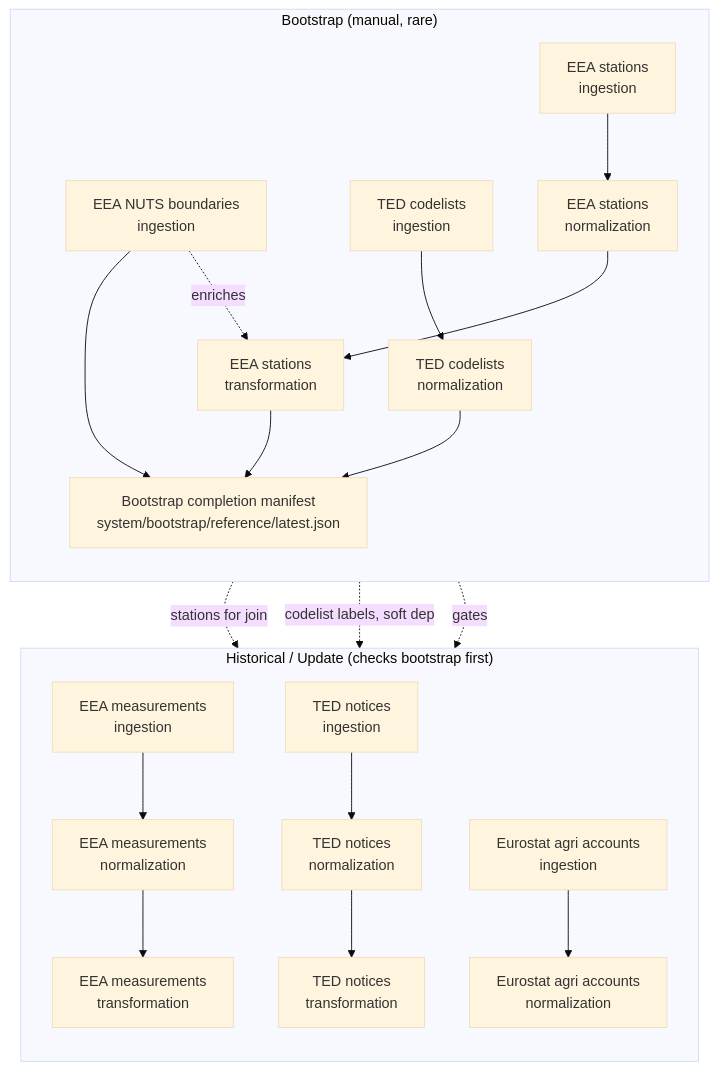
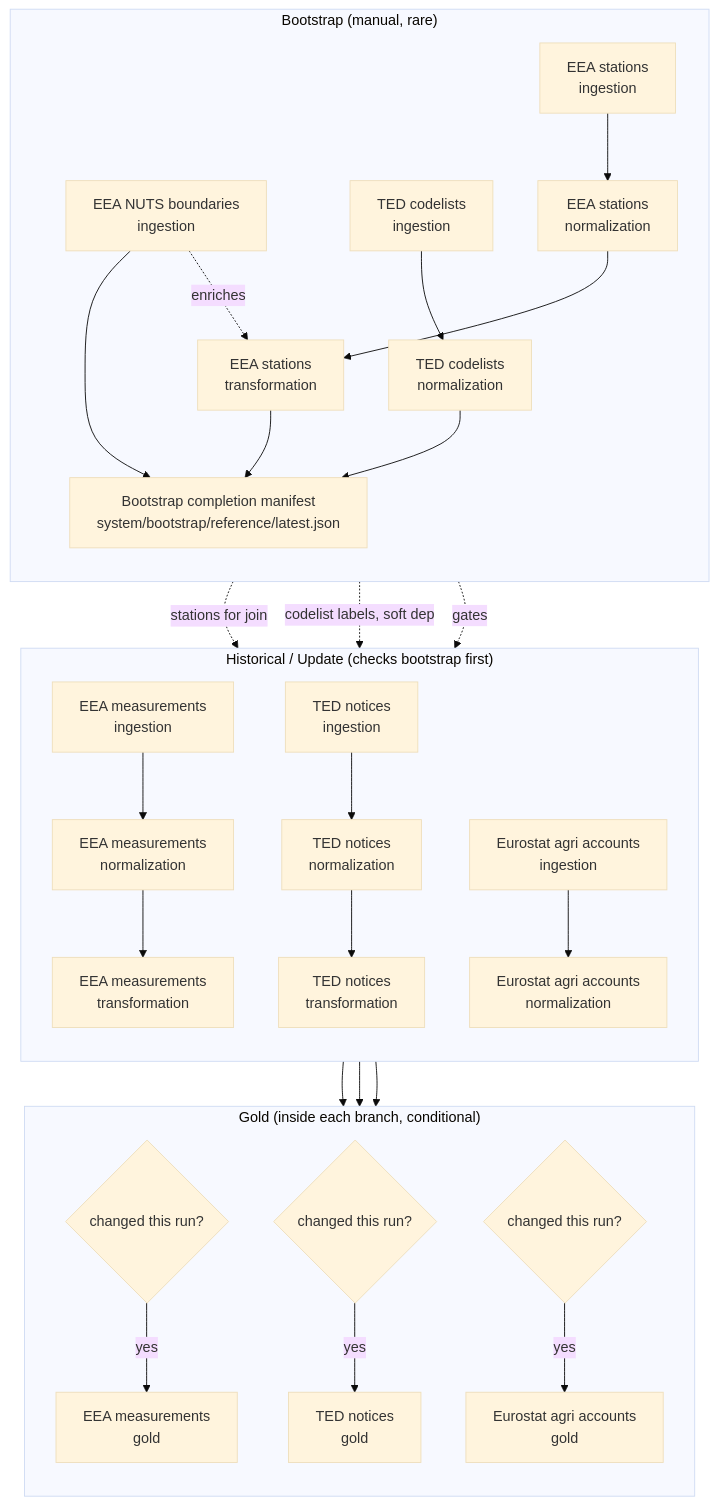
One commit to akmast/procurement-environment-pipeline changed the diagram in docs/aws/architecture.md. Above: the diagram before and after it, drawn with Mermaid (base theme). The commit also changed other lines of this file and 29 other files, not shown here.

````diff
--- a/docs/aws/architecture.md
+++ b/docs/aws/architecture.md
@@ -36,31 +36,44 @@
 ```mermaid
 flowchart TB
     subgraph Bootstrap["Bootstrap (manual, rare)"]
         direction TB
         NUTS["EEA NUTS boundaries<br/>ingestion"]
         TC_ING["TED codelists<br/>ingestion"]
         TC_NORM["TED codelists<br/>normalization"]
         ST_ING["EEA stations<br/>ingestion"]
         ST_NORM["EEA stations<br/>normalization"]
         ST_TRANS["EEA stations<br/>transformation"]
         MANIFEST["Bootstrap completion manifest<br/>system/bootstrap/reference/latest.json"]
 
         TC_ING --> TC_NORM
         ST_ING --> ST_NORM --> ST_TRANS
         NUTS -.enriches.-> ST_TRANS
         NUTS --> MANIFEST
         TC_NORM --> MANIFEST
         ST_TRANS --> MANIFEST
     end
 
     subgraph Main["Historical / Update (checks bootstrap first)"]
         direction TB
         EEA_ING["EEA measurements<br/>ingestion"] --> EEA_NORM["EEA measurements<br/>normalization"] --> EEA_TRANS["EEA measurements<br/>transformation"]
         TED_ING["TED notices<br/>ingestion"] --> TED_NORM["TED notices<br/>normalization"] --> TED_TRANS["TED notices<br/>transformation"]
         EU_ING["Eurostat agri accounts<br/>ingestion"] --> EU_NORM["Eurostat agri accounts<br/>normalization"]
     end
 
+    subgraph Gold["Gold (inside each branch, conditional)"]
+        direction TB
+        EEA_CHECK{"changed this run?"}
+        TED_CHECK{"changed this run?"}
+        EU_CHECK{"changed this run?"}
+        EEA_GOLD["EEA measurements<br/>gold"]
+        TED_GOLD["TED notices<br/>gold"]
+        EU_GOLD["Eurostat agri accounts<br/>gold"]
+    end
+
     MANIFEST -.gates.-> Main
     ST_TRANS -.stations for join.-> EEA_TRANS
     TC_NORM -.codelist labels, soft dep.-> TED_TRANS
+    EEA_TRANS --> EEA_CHECK -->|yes| EEA_GOLD
+    TED_TRANS --> TED_CHECK -->|yes| TED_GOLD
+    EU_NORM --> EU_CHECK -->|yes| EU_GOLD
 ```
````
